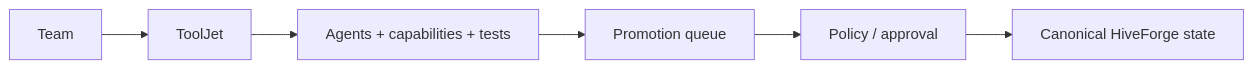
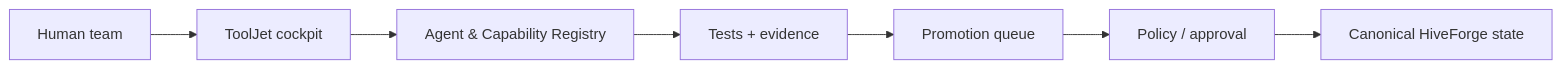
Before and after one commit to Bigper4mer/UnparalleledSource: the fifth of 5 diagrams in README.md, drawn with Mermaid. The commit also changed other lines of this file, not shown here.

````diff
--- a/README.md
+++ b/README.md
@@ -355,8 +394,9 @@
 ```mermaid
 flowchart LR
-    H[Team] --> T[ToolJet]
-    T --> R[Agents + capabilities + tests]
-    R --> Q[Promotion queue]
+    H[Human team] --> T[ToolJet cockpit]
+    T --> R[Agent & Capability Registry]
+    R --> E[Tests + evidence]
+    E --> Q[Promotion queue]
     Q --> A[Policy / approval]
     A --> C[Canonical HiveForge state]
 ```
````
